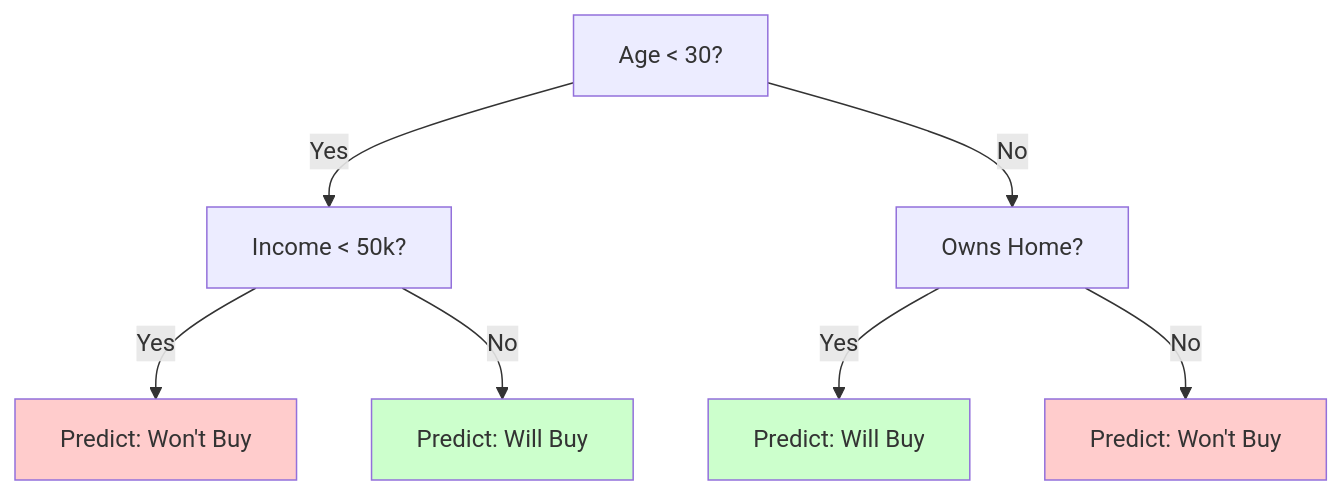
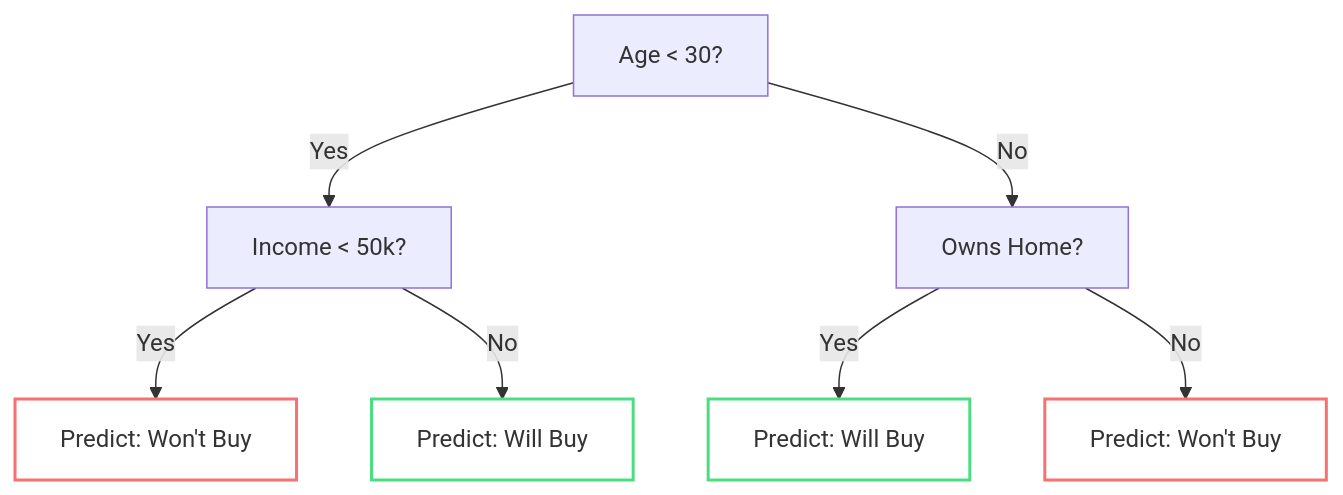
The first of 8 diagrams in _posts/2025-08-15-xgboost-visual-guide-part1-theory.md (bolu-atx/bolu-atx.github.io), drawn with Mermaid before and after one commit. The commit also changed 5 other files, not shown here.

First line of the commit message:
Add dark mode support for Mermaid diagrams

````diff
--- a/_posts/2025-08-15-xgboost-visual-guide-part1-theory.md
+++ b/_posts/2025-08-15-xgboost-visual-guide-part1-theory.md
@@ -18,14 +18,14 @@
 ```mermaid
 graph TD
     A["Age < 30?"] -->|Yes| B["Income < 50k?"]
     A -->|No| C["Owns Home?"]
     B -->|Yes| D["Predict: Won't Buy"]
     B -->|No| E["Predict: Will Buy"]
     C -->|Yes| F["Predict: Will Buy"]
     C -->|No| G["Predict: Won't Buy"]
 
-    style D fill:#ffcccc
-    style G fill:#ffcccc
-    style E fill:#ccffcc
-    style F fill:#ccffcc
+    classDef negative fill:none,stroke:#f87171,stroke-width:2px
+    classDef positive fill:none,stroke:#4ade80,stroke-width:2px
+    class D,G negative
+    class E,F positive
 ```
````
